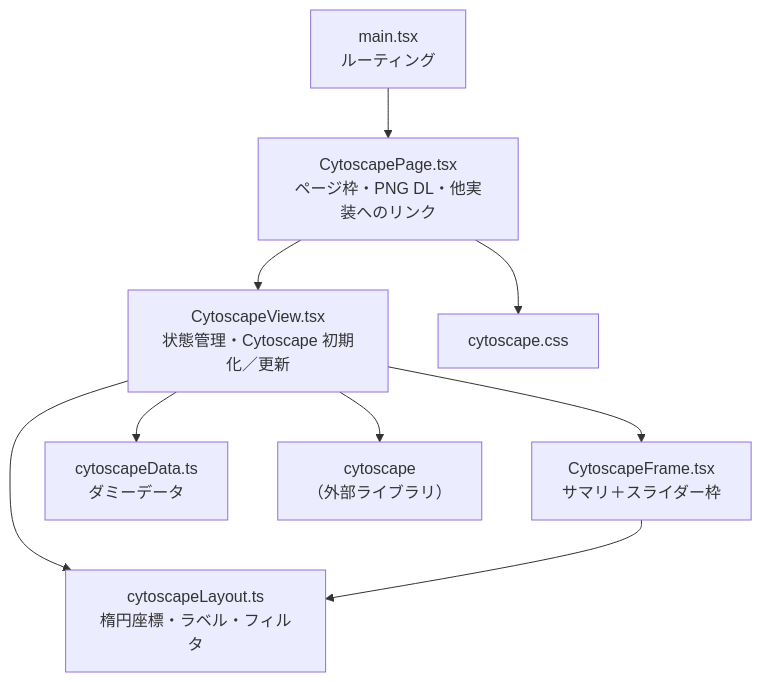
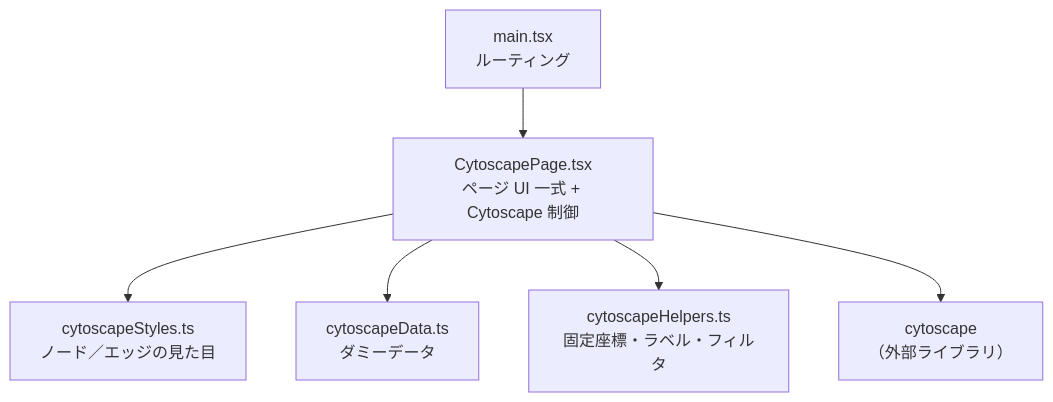
Before and after one commit to xpendev/graphtest: the first of 2 diagrams in docs/component-cytoscape.md, drawn with Mermaid. The commit also changed other lines of this file and 33 other files, not shown here.

````diff
--- a/docs/component-cytoscape.md
+++ b/docs/component-cytoscape.md
@@ -9,20 +11,15 @@
 ```mermaid
 flowchart TB
   main["main.tsx<br/>ルーティング"]
-  page["CytoscapePage.tsx<br/>ページ枠・PNG DL・他実装へのリンク"]
-  view["CytoscapeView.tsx<br/>状態管理・Cytoscape 初期化／更新"]
-  frame["CytoscapeFrame.tsx<br/>サマリ＋スライダー枠"]
+  page["CytoscapePage.tsx<br/>ページ UI 一式 + Cytoscape 制御"]
+  styles["cytoscapeStyles.ts<br/>ノード／エッジの見た目"]
   data["cytoscapeData.ts<br/>ダミーデータ"]
-  layout["cytoscapeLayout.ts<br/>楕円座標・ラベル・フィルタ"]
-  css["cytoscape.css"]
+  helpers["cytoscapeHelpers.ts<br/>固定座標・ラベル・フィルタ"]
   lib["cytoscape<br/>（外部ライブラリ）"]
 
   main --> page
-  page --> view
-  page --> css
-  view --> frame
-  view --> data
-  view --> layout
-  view --> lib
-  frame --> layout
+  page --> styles
+  page --> data
+  page --> helpers
+  page --> lib
 ```
````
